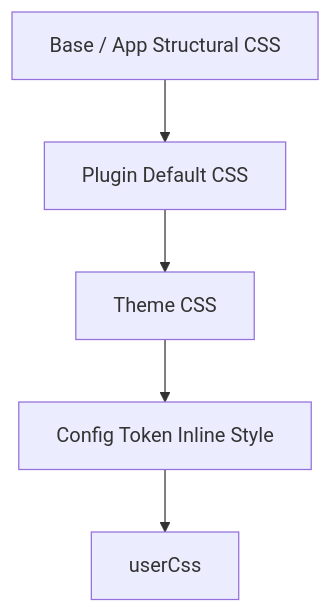
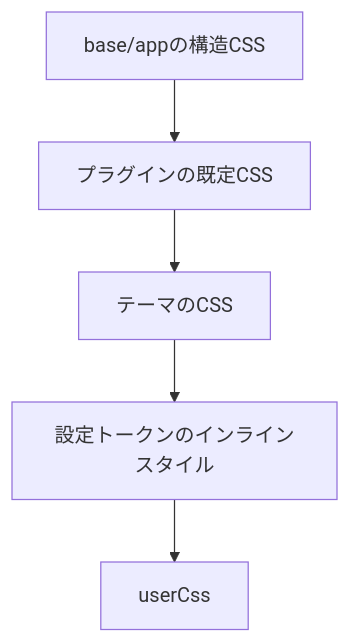
One commit to Rerurate514/riebeckite changed the diagram in docs/docs/glossary/css-contract.ja.md. Above: the diagram before and after it, drawn with Mermaid. The commit also changed other lines of this file and 310 other files, not shown here.

````diff
--- a/docs/docs/glossary/css-contract.ja.md
+++ b/docs/docs/glossary/css-contract.ja.md
@@ -22,12 +21,12 @@
 ```mermaid
 flowchart TD
-  Base[Base / App Structural CSS]
-  Plugin[Plugin Default CSS]
-  Theme[Theme CSS]
-  Token[Config Token Inline Style]
+  Base[base/appの構造CSS]
+  Plugin[プラグインの既定CSS]
+  Theme[テーマのCSS]
+  Token[設定トークンのインラインスタイル]
   User[userCss]
   Base --> Plugin
   Plugin --> Theme
   Theme --> Token
   Token --> User
 ```
````
